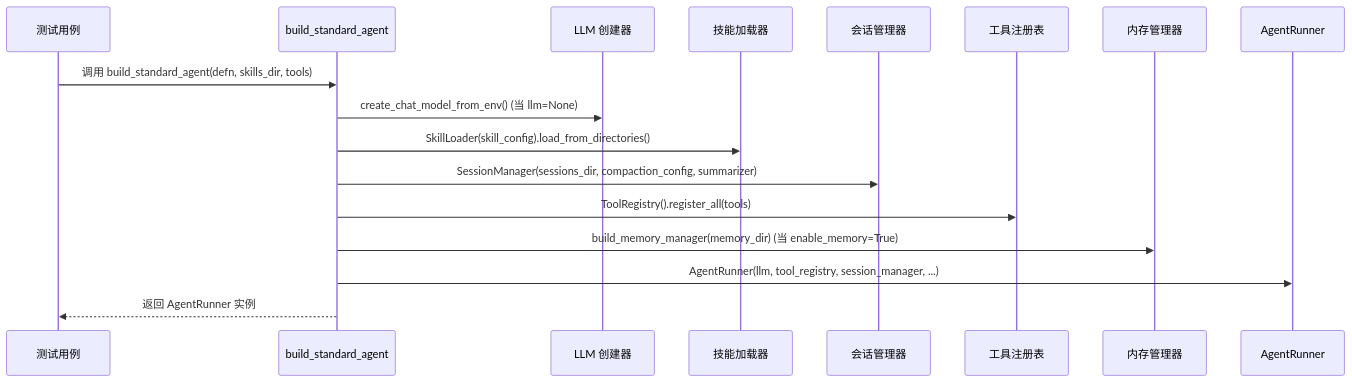
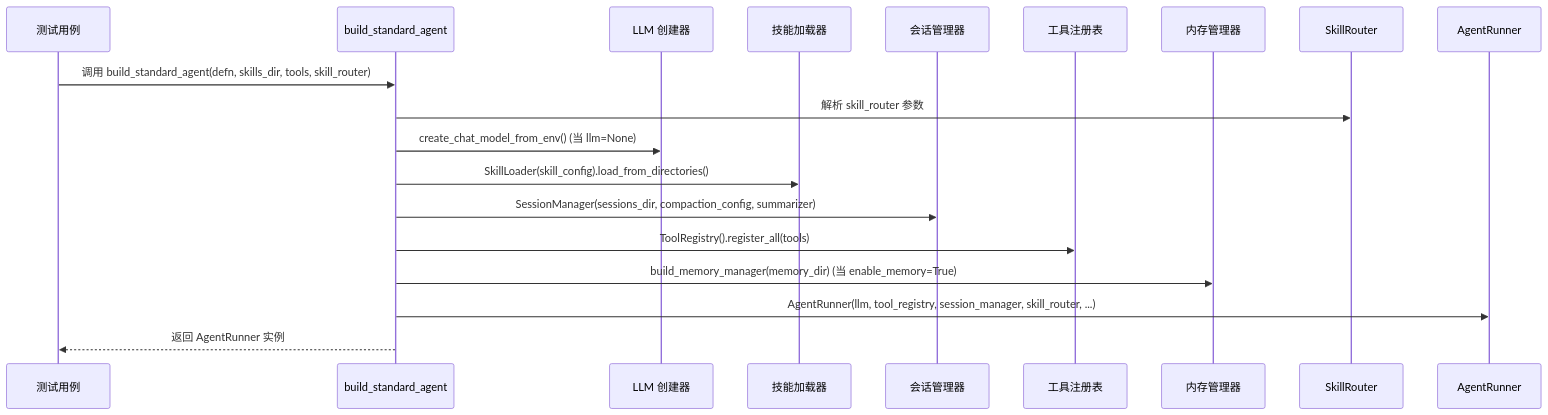
Before and after one commit to YU-JI-KUI/ark-agentic: the third of 18 diagrams in repowiki/zh/content/测试策略/单元测试/智能体工厂单元测试.md, drawn with Mermaid. The commit also changed other lines of this file and 7 other files, not shown here.

````diff
--- a/repowiki/zh/content/测试策略/单元测试/智能体工厂单元测试.md
+++ b/repowiki/zh/content/测试策略/单元测试/智能体工厂单元测试.md
@@ -115,19 +136,21 @@
 ```mermaid
 sequenceDiagram
 participant Test as 测试用例
 participant Factory as build_standard_agent
 participant LLM as LLM 创建器
 participant Skills as 技能加载器
 participant Session as 会话管理器
 participant Tools as 工具注册表
 participant Memory as 内存管理器
+participant Router as SkillRouter
 participant Runner as AgentRunner
-Test->>Factory : 调用 build_standard_agent(defn, skills_dir, tools)
+Test->>Factory : 调用 build_standard_agent(defn, skills_dir, tools, skill_router)
+Factory->>Router : 解析 skill_router 参数
 Factory->>LLM : create_chat_model_from_env() (当 llm=None)
 Factory->>Skills : SkillLoader(skill_config).load_from_directories()
 Factory->>Session : SessionManager(sessions_dir, compaction_config, summarizer)
 Factory->>Tools : ToolRegistry().register_all(tools)
 Factory->>Memory : build_memory_manager(memory_dir) (当 enable_memory=True)
-Factory->>Runner : AgentRunner(llm, tool_registry, session_manager, ...)
+Factory->>Runner : AgentRunner(llm, tool_registry, session_manager, skill_router, ...)
 Factory-->>Test : 返回 AgentRunner 实例
 ```
````
